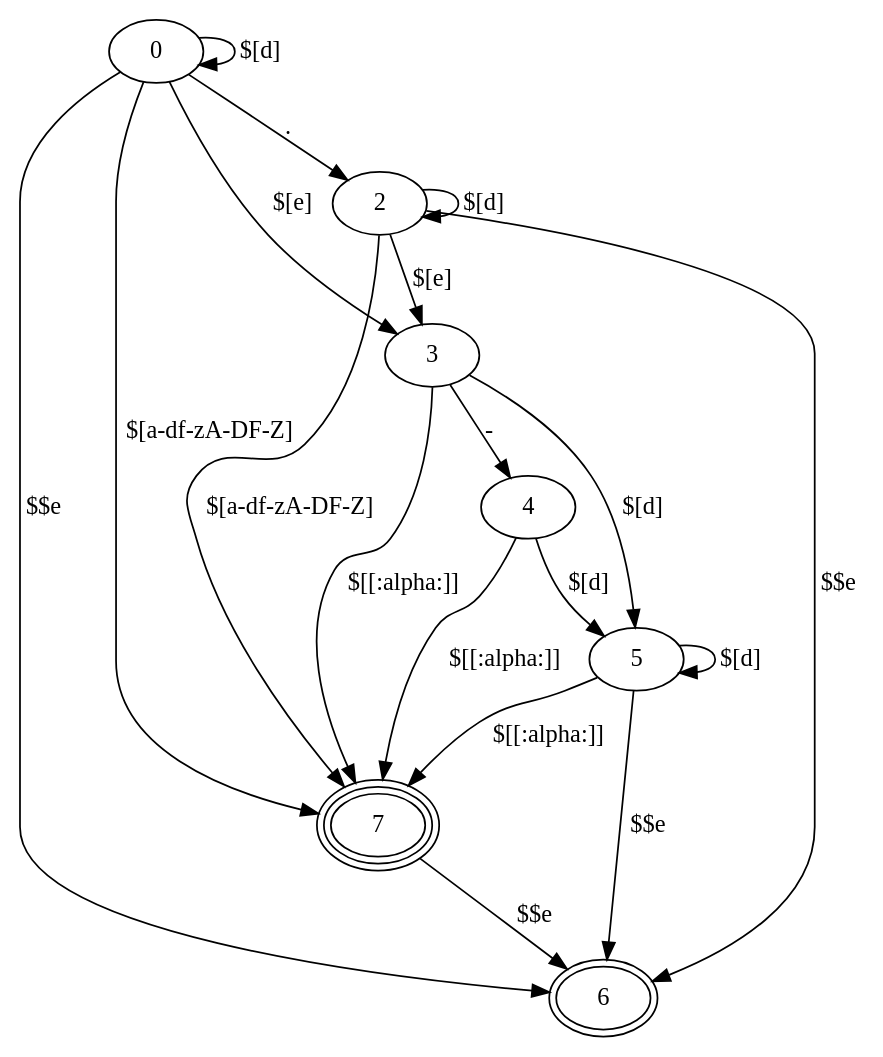
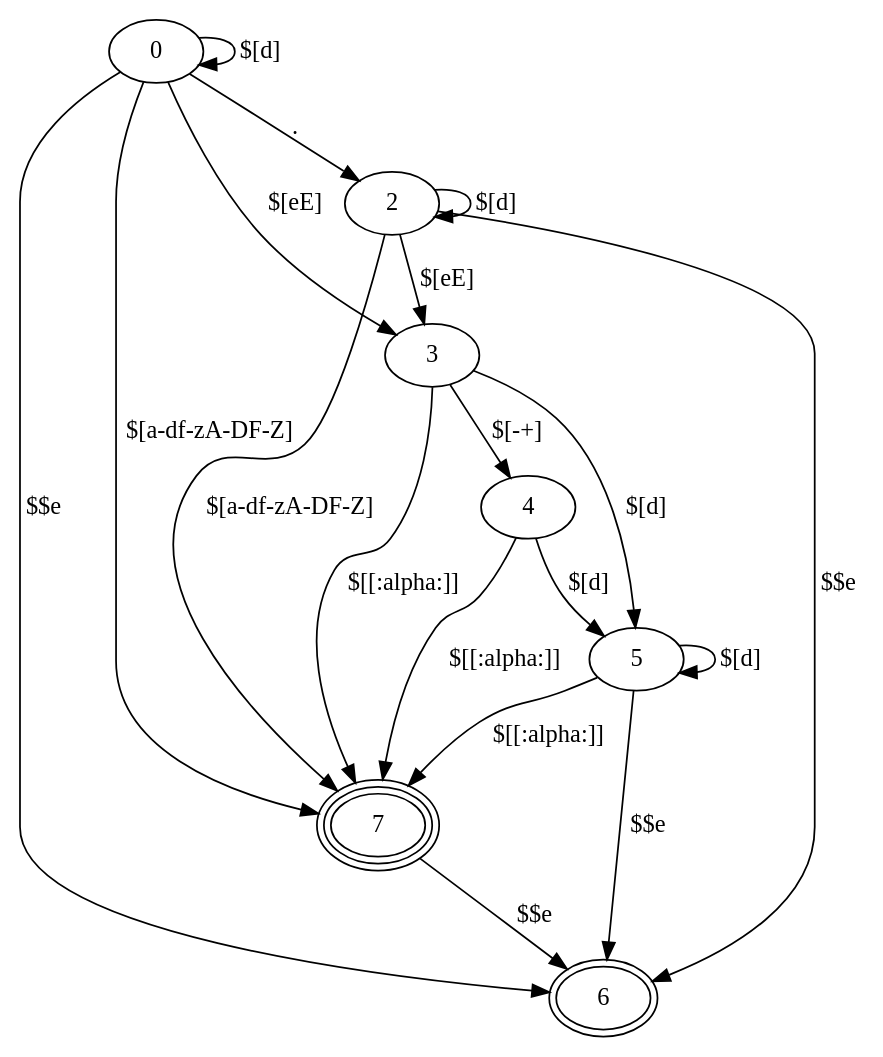
Before and after one commit to aoyako/682-Lexer: the diagram in lua/number_constant.dot, drawn with Graphviz. The commit also changed 11 other files, not shown here.

```diff
--- a/lua/number_constant.dot
+++ b/lua/number_constant.dot
@@ -1,25 +1,25 @@
 digraph number_constant {
     6 [peripheries=2]
     7 [peripheries=3]
 
     0 -> 0 [label="$[\d]"]
     0 -> 2 [label="."]
     0 -> 6 [label="$$e"]
     2 -> 2 [label="$[\d]"]
     2 -> 6 [label="$$e"]
-    0 -> 3 [label="$[e]"]
-    2 -> 3 [label="$[e]"]
-    3 -> 4 [label="-"]
+    0 -> 3 [label="$[eE]"]
+    2 -> 3 [label="$[eE]"]
+    3 -> 4 [label="$[\-\+]"]
     4 -> 5 [label="$[\d]"]
     3 -> 5 [label="$[\d]"]
     5 -> 5 [label="$[\d]"]
     5 -> 6 [label="$$e"]
 
     0 -> 7 [label="$[a-df-zA-DF-Z]"]
     2 -> 7 [label="$[a-df-zA-DF-Z]"]
     3 -> 7 [label="$[[:alpha:]]"]
     4 -> 7 [label="$[[:alpha:]]"]
     5 -> 7 [label="$[[:alpha:]]"]
 
     7 -> 6 [label="$$e"]
 }
```
